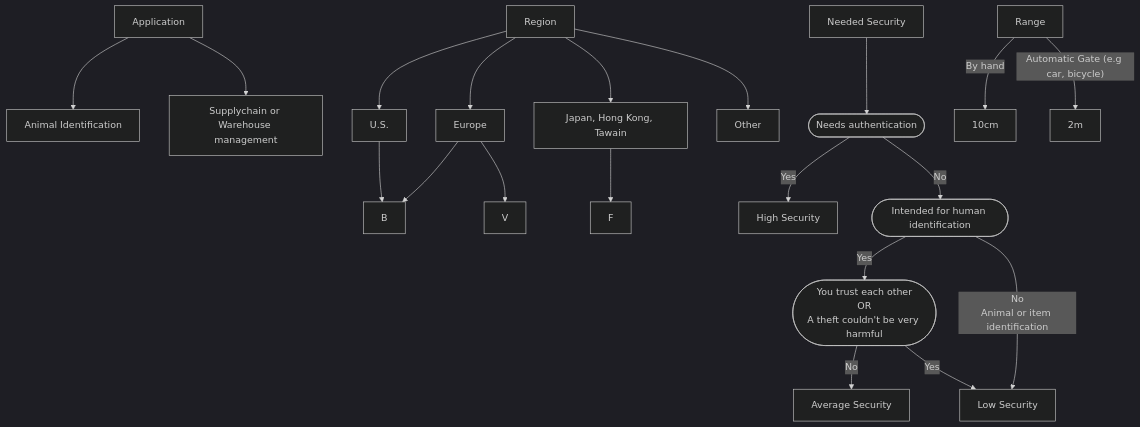
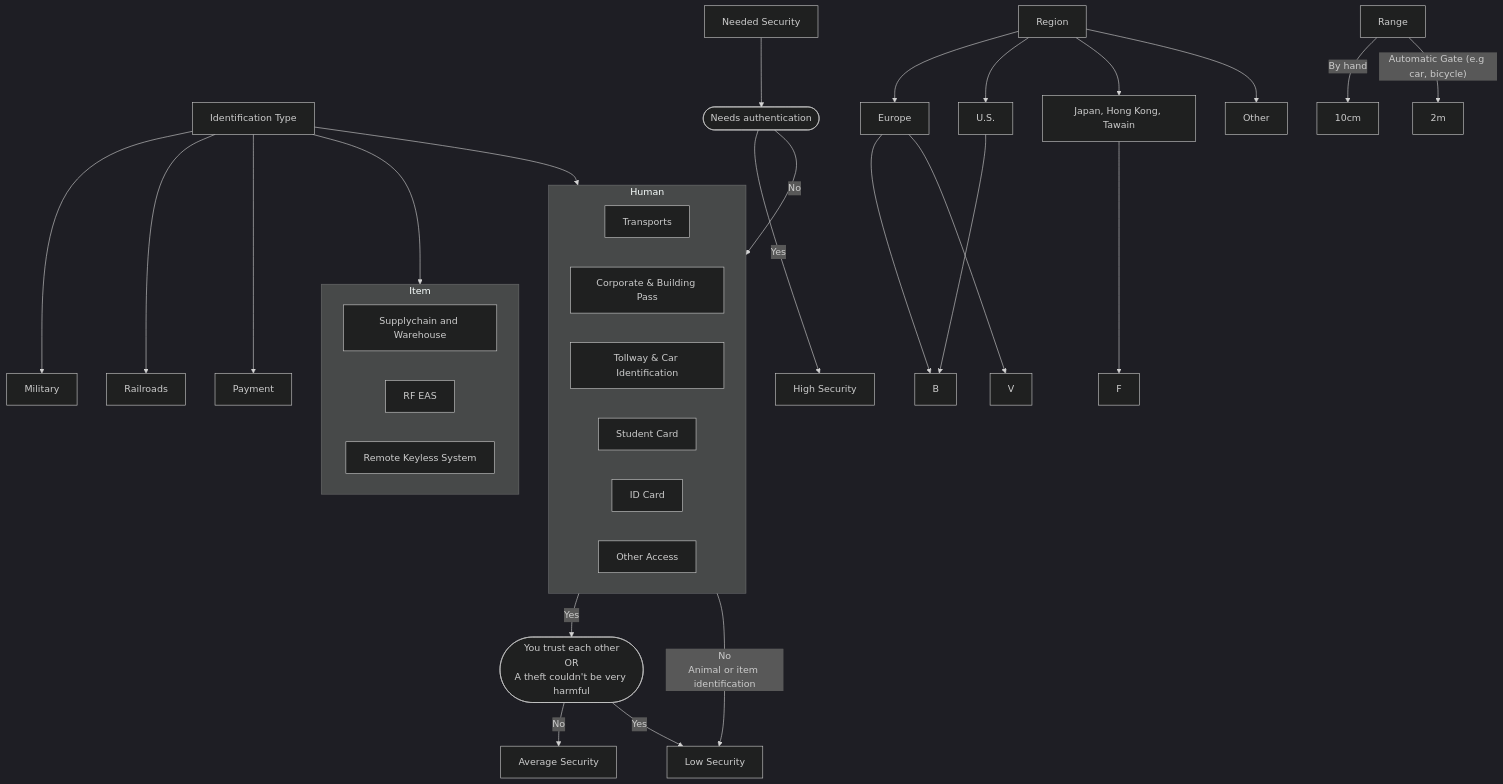
Before and after one commit to MikeCod/RFID: the diagram in asset/objective.mmd, drawn with Mermaid (dark theme).

Commit message:
docs: objectives

```diff
--- a/asset/objective.mmd
+++ b/asset/objective.mmd
@@ -1,18 +1,35 @@
 flowchart TD
-    app[Application] --> animal["Animal Identification"] & supplychain["Supplychain or Warehouse management"] 
+    military["Military"]
+    railroad["Railroads"]
+    payment["Payment"]
     
+    appType["Identification Type"] --> item & human & military & railroad & payment
+    subgraph item["Item"]
+        supplychain["Supplychain and Warehouse"]
+        rfeas["RF EAS"]
+        rks["Remote Keyless System"]
+    end
+    subgraph human["Human"]
+        transport["Transports"]
+        building["Corporate & Building Pass"]
+        toll["Tollway & Car Identification"]
+        student["Student Card"]
+        id["ID Card"]
+        otherAccess["Other Access"]
+    end
+
     region[Region] --> EU[Europe] & US[U.S.] & JHT[Japan, Hong Kong, Tawain] & Other
     EU & US --> B
     EU --> V
     JHT --> F
 
     sec[Needed Security] --> auth(["Needs authentication"]) --> |Yes| high["High Security"]
     auth --> |No| human(["Intended for human identification"])
 
     human --> |Yes| trust(["You trust each other<br/>OR<br/>A theft couldn't be very harmful"])
     human --> |No<br/>Animal or item identification| low
     trust --> |No| medium["Average Security"]
     trust --> |Yes| low["Low Security"]
     
     range[Range] --> |"By hand"| short["10cm"]
     range --> |"Automatic Gate (e.g car, bicycle)"| long["2m"]
```
